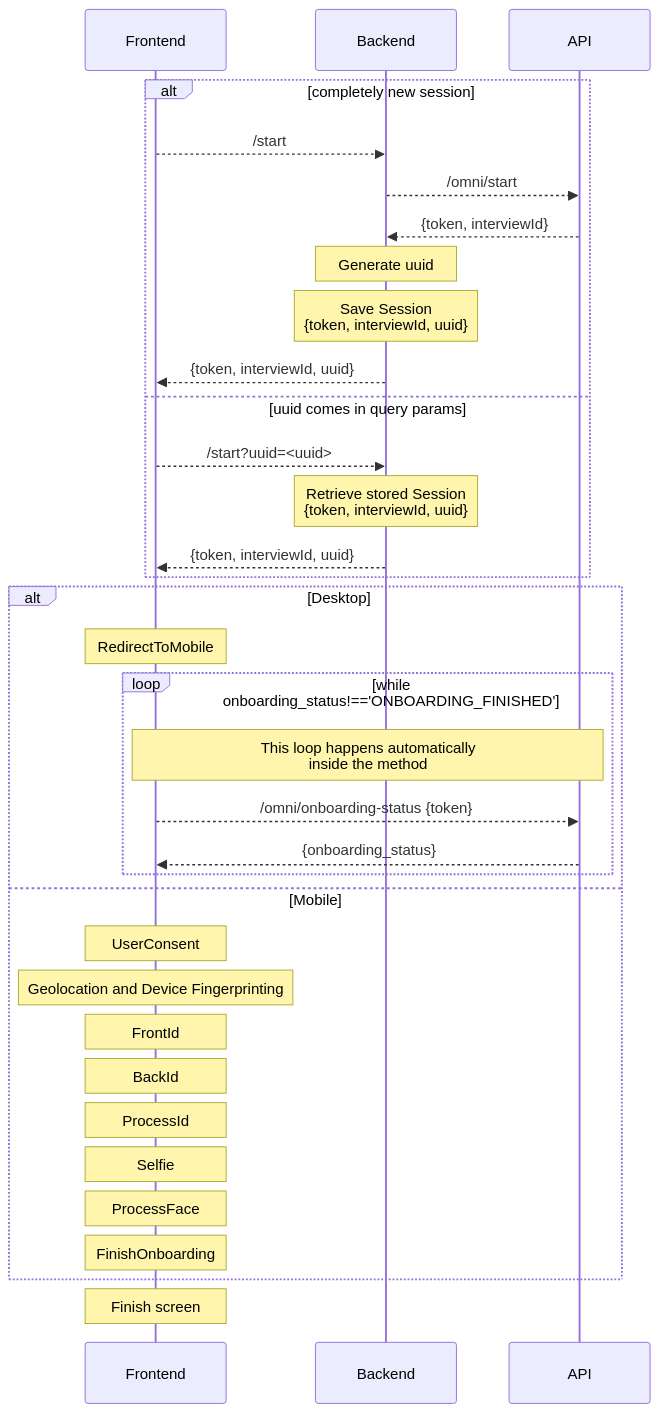
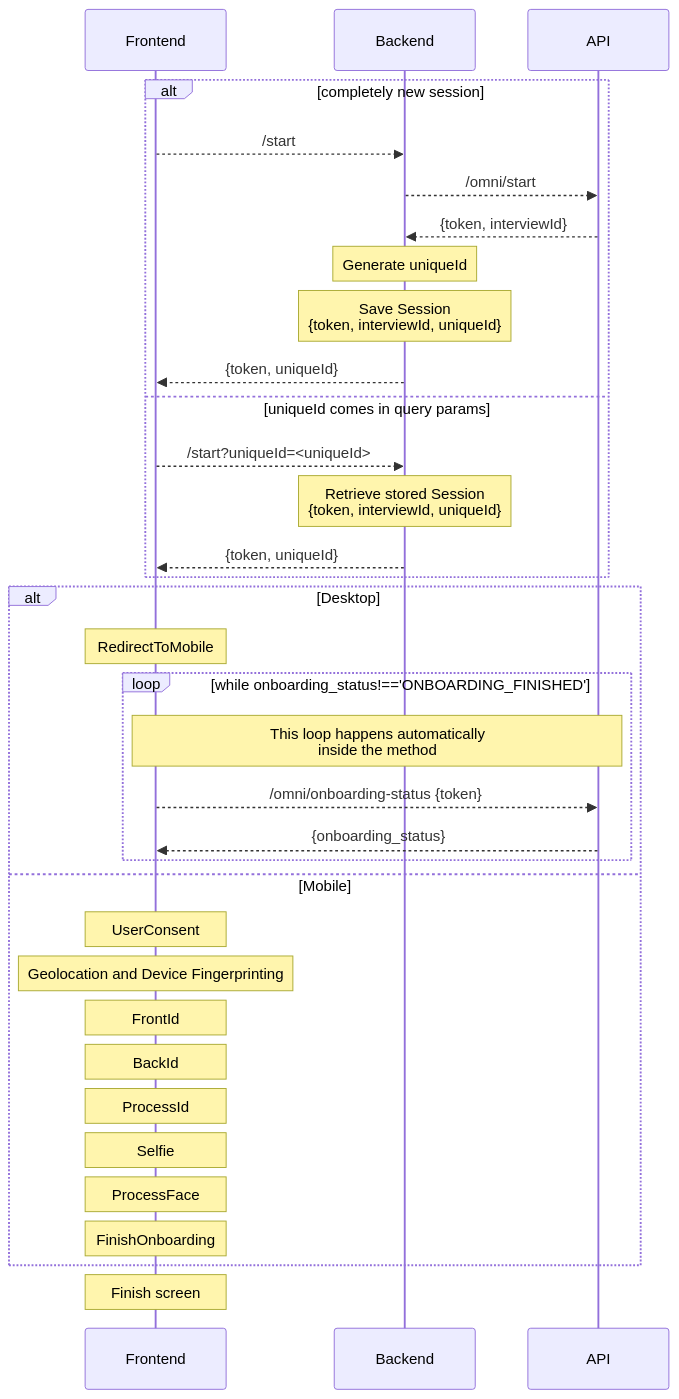
One commit to Incode-Technologies-Example-Repos/typescript-samples changed the diagram in react-sample/README.md. Above: the diagram before and after it, drawn with Mermaid. The commit also changed other lines of this file, not shown here.

````diff
--- a/react-sample/README.md
+++ b/react-sample/README.md
@@ -75,39 +74,39 @@
 ```mermaid
 sequenceDiagram
     participant f as Frontend
     participant b as Backend
     participant a as API
     
     alt completely new session
         f -->> b: /start
         b -->> a: /omni/start
         a -->> b: {token, interviewId}
-        note over b: Generate uuid
-        note over b: Save Session<br>{token, interviewId, uuid}
-        b-->> f: {token, interviewId, uuid}
-    else uuid comes in query params
-        f -->> b: /start?uuid=<uuid>
-        note over b: Retrieve stored Session<br>{token, interviewId, uuid}
-        b-->> f: {token, interviewId, uuid}
+        note over b: Generate uniqueId
+        note over b: Save Session<br>{token, interviewId, uniqueId}
+        b-->> f: {token, uniqueId}
+    else uniqueId comes in query params
+        f -->> b: /start?uniqueId=<uniqueId>
+        note over b: Retrieve stored Session<br>{token, interviewId, uniqueId}
+        b-->> f: {token, uniqueId}
     end
 
     alt Desktop
         note over f: RedirectToMobile
         
         loop while onboarding_status!=='ONBOARDING_FINISHED'
         note over f, a: This loop happens automatically<br> inside the method
             f -->> a: /omni/onboarding-status {token}
             a-->> f: {onboarding_status}
         end
     else Mobile
         note over f: UserConsent
         note over f: Geolocation and Device Fingerprinting
         note over f: FrontId
         note over f: BackId
         note over f: ProcessId
         note over f: Selfie
         note over f: ProcessFace
         note over f: FinishOnboarding
     end
     note over f: Finish screen
 ```
````
